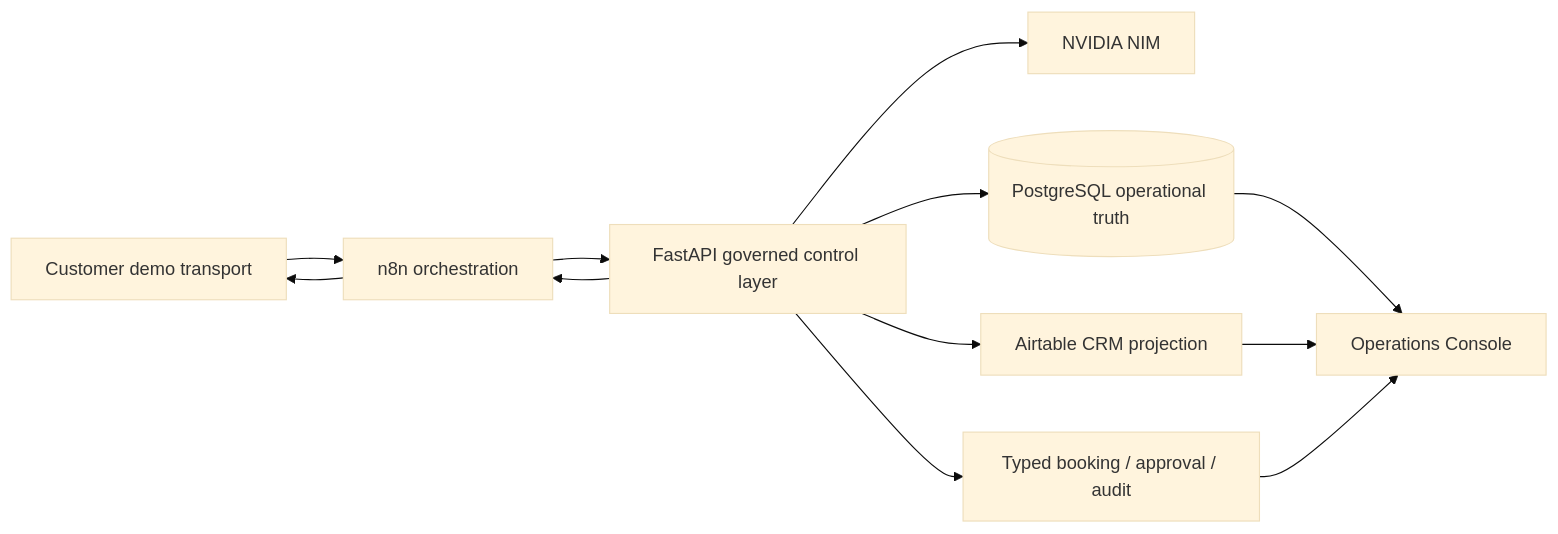
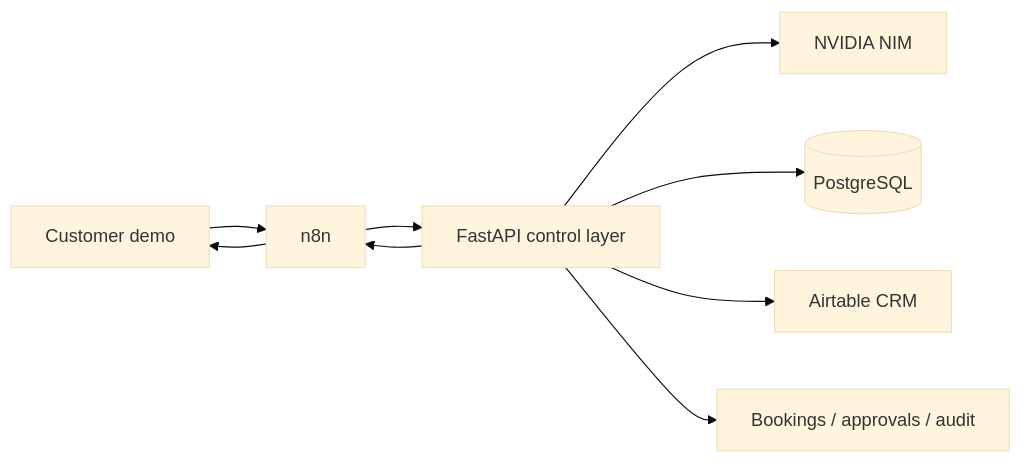
Before and after one commit to kabbersokhi-boop/customer-ops-ai: the diagram in README.md, drawn with Mermaid (base theme). The commit also changed other lines of this file, not shown here.

````diff
--- a/README.md
+++ b/README.md
@@ -23,13 +23,10 @@
-~~~mermaid
+```mermaid
 flowchart LR
-    C[Customer demo transport] --> N[n8n orchestration]
-    N --> A[FastAPI governed control layer]
+    C[Customer demo] --> N[n8n]
+    N --> A[FastAPI control layer]
     A --> L[NVIDIA NIM]
-    A --> D[(PostgreSQL operational truth)]
-    A --> R[Airtable CRM projection]
-    A --> P[Typed booking / approval / audit]
+    A --> D[(PostgreSQL)]
+    A --> R[Airtable CRM]
+    A --> P[Bookings / approvals / audit]
     A --> N --> C
-    D --> O[Operations Console]
-    R --> O
-    P --> O
-~~~
+```
````
